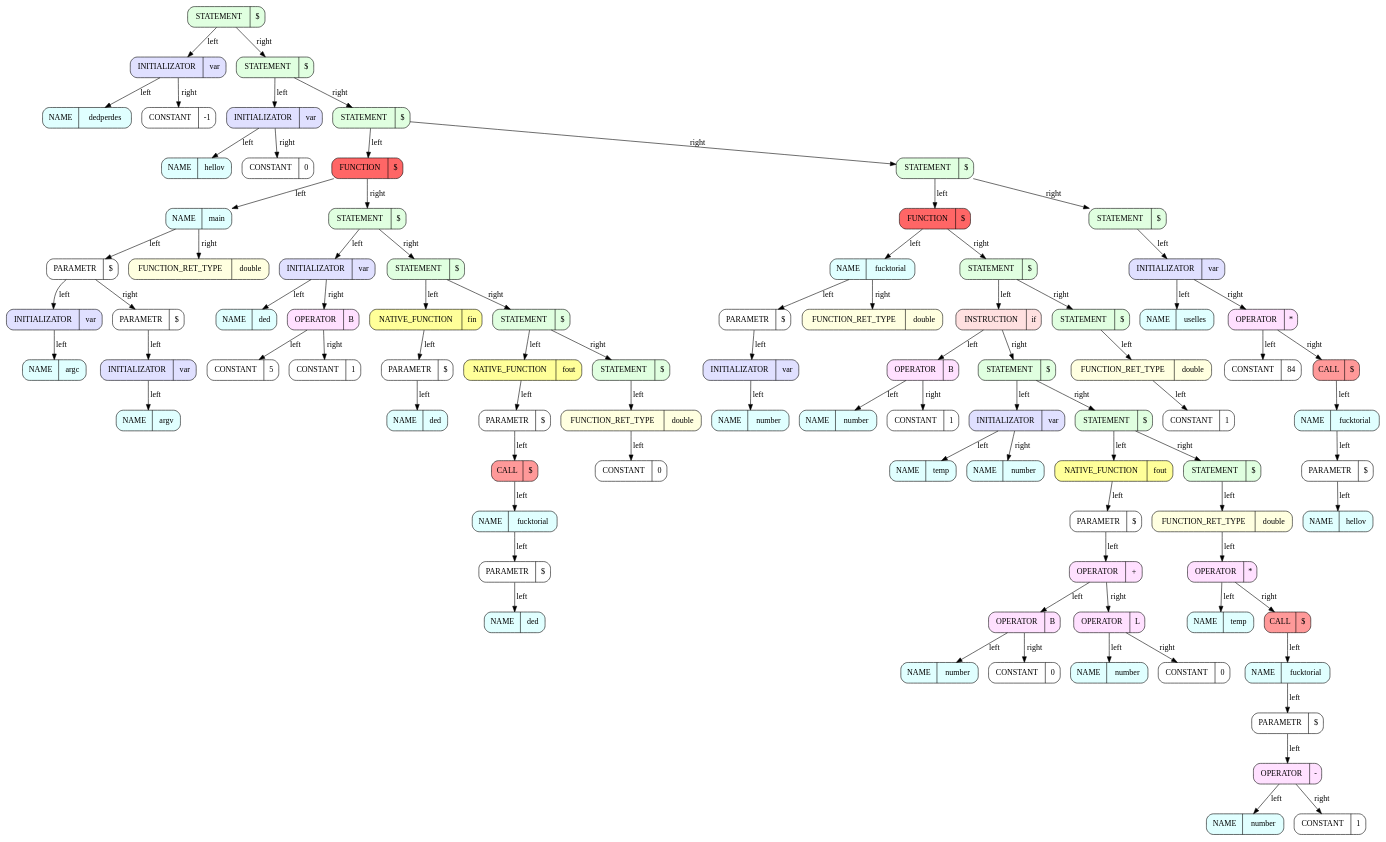
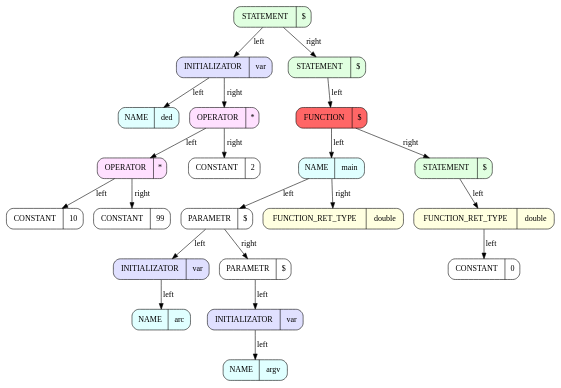
One commit to ArsenySamoylov/Asm changed the diagram in x86BackEnd/BackEnd/graphics/dot/kek_back_End.dot. Above: the diagram before and after it, drawn with Graphviz. The commit also changed 22 other files, not shown here.

```diff
--- a/x86BackEnd/BackEnd/graphics/dot/kek_back_End.dot
+++ b/x86BackEnd/BackEnd/graphics/dot/kek_back_End.dot
@@ -2,177 +2,47 @@
 digraph 
 {
 rankdir = TB # RANKDIR
-		node_0x623000000100 [style = filled, fillcolor = "#E0FFE0", shape = Mrecord label =  "STATEMENT | {$}"]
-		node_0x623000000138 [style = filled, fillcolor = "#E0E0FF", shape = Mrecord label =  "INITIALIZATOR | {var}"]
-		node_0x623000000170 [style = filled, fillcolor = "#E0FFFF", shape = Mrecord label =  "NAME | {dedperdes}"]
-		node_0x623000000138 -> node_0x623000000170 [label = "left"]
-		node_0x6230000001a8 [style = filled, fillcolor = "#FFFFFF", shape = Mrecord label =  "CONSTANT | {-1}"]
-		node_0x623000000138 -> node_0x6230000001a8 [label = "right"]
-		node_0x623000000100 -> node_0x623000000138 [label = "left"]
-		node_0x6230000001e0 [style = filled, fillcolor = "#E0FFE0", shape = Mrecord label =  "STATEMENT | {$}"]
-		node_0x623000000218 [style = filled, fillcolor = "#E0E0FF", shape = Mrecord label =  "INITIALIZATOR | {var}"]
-		node_0x623000000250 [style = filled, fillcolor = "#E0FFFF", shape = Mrecord label =  "NAME | {hellov}"]
-		node_0x623000000218 -> node_0x623000000250 [label = "left"]
-		node_0x623000000288 [style = filled, fillcolor = "#FFFFFF", shape = Mrecord label =  "CONSTANT | {0}"]
-		node_0x623000000218 -> node_0x623000000288 [label = "right"]
-		node_0x6230000001e0 -> node_0x623000000218 [label = "left"]
-		node_0x6230000002c0 [style = filled, fillcolor = "#E0FFE0", shape = Mrecord label =  "STATEMENT | {$}"]
-		node_0x6230000002f8 [style = filled, fillcolor = "#FF6666", shape = Mrecord label =  "FUNCTION | {$}"]
-		node_0x623000000330 [style = filled, fillcolor = "#E0FFFF", shape = Mrecord label =  "NAME | {main}"]
-		node_0x623000000368 [style = filled, fillcolor = "#FFFFFF", shape = Mrecord label =  "PARAMETR | {$}"]
-		node_0x6230000003a0 [style = filled, fillcolor = "#E0E0FF", shape = Mrecord label =  "INITIALIZATOR | {var}"]
-		node_0x6230000003d8 [style = filled, fillcolor = "#E0FFFF", shape = Mrecord label =  "NAME | {argc}"]
-		node_0x6230000003a0 -> node_0x6230000003d8 [label = "left"]
-		node_0x623000000368 -> node_0x6230000003a0 [label = "left"]
-		node_0x623000000410 [style = filled, fillcolor = "#FFFFFF", shape = Mrecord label =  "PARAMETR | {$}"]
-		node_0x623000000448 [style = filled, fillcolor = "#E0E0FF", shape = Mrecord label =  "INITIALIZATOR | {var}"]
-		node_0x623000000480 [style = filled, fillcolor = "#E0FFFF", shape = Mrecord label =  "NAME | {argv}"]
-		node_0x623000000448 -> node_0x623000000480 [label = "left"]
-		node_0x623000000410 -> node_0x623000000448 [label = "left"]
-		node_0x623000000368 -> node_0x623000000410 [label = "right"]
-		node_0x623000000330 -> node_0x623000000368 [label = "left"]
-		node_0x6230000004b8 [style = filled, fillcolor = "#FFFFE0", shape = Mrecord label =  "FUNCTION_RET_TYPE | {double}"]
-		node_0x623000000330 -> node_0x6230000004b8 [label = "right"]
-		node_0x6230000002f8 -> node_0x623000000330 [label = "left"]
-		node_0x6230000004f0 [style = filled, fillcolor = "#E0FFE0", shape = Mrecord label =  "STATEMENT | {$}"]
-		node_0x623000000528 [style = filled, fillcolor = "#E0E0FF", shape = Mrecord label =  "INITIALIZATOR | {var}"]
-		node_0x623000000560 [style = filled, fillcolor = "#E0FFFF", shape = Mrecord label =  "NAME | {ded}"]
-		node_0x623000000528 -> node_0x623000000560 [label = "left"]
-		node_0x623000000598 [style = filled, fillcolor = "#FFE0FF", shape = Mrecord label =  "OPERATOR | {B}"]
-		node_0x6230000005d0 [style = filled, fillcolor = "#FFFFFF", shape = Mrecord label =  "CONSTANT | {5}"]
-		node_0x623000000598 -> node_0x6230000005d0 [label = "left"]
-		node_0x623000000608 [style = filled, fillcolor = "#FFFFFF", shape = Mrecord label =  "CONSTANT | {1}"]
-		node_0x623000000598 -> node_0x623000000608 [label = "right"]
-		node_0x623000000528 -> node_0x623000000598 [label = "right"]
-		node_0x6230000004f0 -> node_0x623000000528 [label = "left"]
-		node_0x623000000640 [style = filled, fillcolor = "#E0FFE0", shape = Mrecord label =  "STATEMENT | {$}"]
-		node_0x623000000678 [style = filled, fillcolor = "#FFFF99", shape = Mrecord label =  "NATIVE_FUNCTION | {fin}"]
-		node_0x6230000006b0 [style = filled, fillcolor = "#FFFFFF", shape = Mrecord label =  "PARAMETR | {$}"]
-		node_0x6230000006e8 [style = filled, fillcolor = "#E0FFFF", shape = Mrecord label =  "NAME | {ded}"]
-		node_0x6230000006b0 -> node_0x6230000006e8 [label = "left"]
-		node_0x623000000678 -> node_0x6230000006b0 [label = "left"]
-		node_0x623000000640 -> node_0x623000000678 [label = "left"]
-		node_0x623000000720 [style = filled, fillcolor = "#E0FFE0", shape = Mrecord label =  "STATEMENT | {$}"]
-		node_0x623000000758 [style = filled, fillcolor = "#FFFF99", shape = Mrecord label =  "NATIVE_FUNCTION | {fout}"]
-		node_0x623000000790 [style = filled, fillcolor = "#FFFFFF", shape = Mrecord label =  "PARAMETR | {$}"]
-		node_0x6230000007c8 [style = filled, fillcolor = "#FF9999", shape = Mrecord label =  "CALL | {$}"]
-		node_0x623000000800 [style = filled, fillcolor = "#E0FFFF", shape = Mrecord label =  "NAME | {fucktorial}"]
-		node_0x623000000838 [style = filled, fillcolor = "#FFFFFF", shape = Mrecord label =  "PARAMETR | {$}"]
-		node_0x623000000870 [style = filled, fillcolor = "#E0FFFF", shape = Mrecord label =  "NAME | {ded}"]
-		node_0x623000000838 -> node_0x623000000870 [label = "left"]
-		node_0x623000000800 -> node_0x623000000838 [label = "left"]
-		node_0x6230000007c8 -> node_0x623000000800 [label = "left"]
-		node_0x623000000790 -> node_0x6230000007c8 [label = "left"]
-		node_0x623000000758 -> node_0x623000000790 [label = "left"]
-		node_0x623000000720 -> node_0x623000000758 [label = "left"]
-		node_0x6230000008a8 [style = filled, fillcolor = "#E0FFE0", shape = Mrecord label =  "STATEMENT | {$}"]
-		node_0x6230000008e0 [style = filled, fillcolor = "#FFFFE0", shape = Mrecord label =  "FUNCTION_RET_TYPE | {double}"]
-		node_0x623000000918 [style = filled, fillcolor = "#FFFFFF", shape = Mrecord label =  "CONSTANT | {0}"]
-		node_0x6230000008e0 -> node_0x623000000918 [label = "left"]
-		node_0x6230000008a8 -> node_0x6230000008e0 [label = "left"]
-		node_0x623000000720 -> node_0x6230000008a8 [label = "right"]
-		node_0x623000000640 -> node_0x623000000720 [label = "right"]
-		node_0x6230000004f0 -> node_0x623000000640 [label = "right"]
-		node_0x6230000002f8 -> node_0x6230000004f0 [label = "right"]
-		node_0x6230000002c0 -> node_0x6230000002f8 [label = "left"]
-		node_0x623000000950 [style = filled, fillcolor = "#E0FFE0", shape = Mrecord label =  "STATEMENT | {$}"]
-		node_0x623000000988 [style = filled, fillcolor = "#FF6666", shape = Mrecord label =  "FUNCTION | {$}"]
-		node_0x6230000009c0 [style = filled, fillcolor = "#E0FFFF", shape = Mrecord label =  "NAME | {fucktorial}"]
-		node_0x6230000009f8 [style = filled, fillcolor = "#FFFFFF", shape = Mrecord label =  "PARAMETR | {$}"]
-		node_0x623000000a30 [style = filled, fillcolor = "#E0E0FF", shape = Mrecord label =  "INITIALIZATOR | {var}"]
-		node_0x623000000a68 [style = filled, fillcolor = "#E0FFFF", shape = Mrecord label =  "NAME | {number}"]
-		node_0x623000000a30 -> node_0x623000000a68 [label = "left"]
-		node_0x6230000009f8 -> node_0x623000000a30 [label = "left"]
-		node_0x6230000009c0 -> node_0x6230000009f8 [label = "left"]
-		node_0x623000000aa0 [style = filled, fillcolor = "#FFFFE0", shape = Mrecord label =  "FUNCTION_RET_TYPE | {double}"]
-		node_0x6230000009c0 -> node_0x623000000aa0 [label = "right"]
-		node_0x623000000988 -> node_0x6230000009c0 [label = "left"]
-		node_0x623000000ad8 [style = filled, fillcolor = "#E0FFE0", shape = Mrecord label =  "STATEMENT | {$}"]
-		node_0x623000000b10 [style = filled, fillcolor = "#FFE0E0", shape = Mrecord label =  "INSTRUCTION | {if}"]
-		node_0x623000000b48 [style = filled, fillcolor = "#FFE0FF", shape = Mrecord label =  "OPERATOR | {B}"]
-		node_0x623000000b80 [style = filled, fillcolor = "#E0FFFF", shape = Mrecord label =  "NAME | {number}"]
-		node_0x623000000b48 -> node_0x623000000b80 [label = "left"]
-		node_0x623000000bb8 [style = filled, fillcolor = "#FFFFFF", shape = Mrecord label =  "CONSTANT | {1}"]
-		node_0x623000000b48 -> node_0x623000000bb8 [label = "right"]
-		node_0x623000000b10 -> node_0x623000000b48 [label = "left"]
-		node_0x623000000bf0 [style = filled, fillcolor = "#E0FFE0", shape = Mrecord label =  "STATEMENT | {$}"]
-		node_0x623000000c28 [style = filled, fillcolor = "#E0E0FF", shape = Mrecord label =  "INITIALIZATOR | {var}"]
-		node_0x623000000c60 [style = filled, fillcolor = "#E0FFFF", shape = Mrecord label =  "NAME | {temp}"]
-		node_0x623000000c28 -> node_0x623000000c60 [label = "left"]
-		node_0x623000000c98 [style = filled, fillcolor = "#E0FFFF", shape = Mrecord label =  "NAME | {number}"]
-		node_0x623000000c28 -> node_0x623000000c98 [label = "right"]
-		node_0x623000000bf0 -> node_0x623000000c28 [label = "left"]
-		node_0x623000000cd0 [style = filled, fillcolor = "#E0FFE0", shape = Mrecord label =  "STATEMENT | {$}"]
-		node_0x623000000d08 [style = filled, fillcolor = "#FFFF99", shape = Mrecord label =  "NATIVE_FUNCTION | {fout}"]
-		node_0x623000000d40 [style = filled, fillcolor = "#FFFFFF", shape = Mrecord label =  "PARAMETR | {$}"]
-		node_0x623000000d78 [style = filled, fillcolor = "#FFE0FF", shape = Mrecord label =  "OPERATOR | {+}"]
-		node_0x623000000db0 [style = filled, fillcolor = "#FFE0FF", shape = Mrecord label =  "OPERATOR | {B}"]
-		node_0x623000000de8 [style = filled, fillcolor = "#E0FFFF", shape = Mrecord label =  "NAME | {number}"]
-		node_0x623000000db0 -> node_0x623000000de8 [label = "left"]
-		node_0x623000000e20 [style = filled, fillcolor = "#FFFFFF", shape = Mrecord label =  "CONSTANT | {0}"]
-		node_0x623000000db0 -> node_0x623000000e20 [label = "right"]
-		node_0x623000000d78 -> node_0x623000000db0 [label = "left"]
-		node_0x623000000e58 [style = filled, fillcolor = "#FFE0FF", shape = Mrecord label =  "OPERATOR | {L}"]
-		node_0x623000000e90 [style = filled, fillcolor = "#E0FFFF", shape = Mrecord label =  "NAME | {number}"]
-		node_0x623000000e58 -> node_0x623000000e90 [label = "left"]
-		node_0x623000000ec8 [style = filled, fillcolor = "#FFFFFF", shape = Mrecord label =  "CONSTANT | {0}"]
-		node_0x623000000e58 -> node_0x623000000ec8 [label = "right"]
-		node_0x623000000d78 -> node_0x623000000e58 [label = "right"]
-		node_0x623000000d40 -> node_0x623000000d78 [label = "left"]
-		node_0x623000000d08 -> node_0x623000000d40 [label = "left"]
-		node_0x623000000cd0 -> node_0x623000000d08 [label = "left"]
-		node_0x623000000f00 [style = filled, fillcolor = "#E0FFE0", shape = Mrecord label =  "STATEMENT | {$}"]
-		node_0x623000000f38 [style = filled, fillcolor = "#FFFFE0", shape = Mrecord label =  "FUNCTION_RET_TYPE | {double}"]
-		node_0x623000000f70 [style = filled, fillcolor = "#FFE0FF", shape = Mrecord label =  "OPERATOR | {*}"]
-		node_0x623000000fa8 [style = filled, fillcolor = "#E0FFFF", shape = Mrecord label =  "NAME | {temp}"]
-		node_0x623000000f70 -> node_0x623000000fa8 [label = "left"]
-		node_0x623000000fe0 [style = filled, fillcolor = "#FF9999", shape = Mrecord label =  "CALL | {$}"]
-		node_0x623000001018 [style = filled, fillcolor = "#E0FFFF", shape = Mrecord label =  "NAME | {fucktorial}"]
-		node_0x623000001050 [style = filled, fillcolor = "#FFFFFF", shape = Mrecord label =  "PARAMETR | {$}"]
-		node_0x623000001088 [style = filled, fillcolor = "#FFE0FF", shape = Mrecord label =  "OPERATOR | {-}"]
-		node_0x6230000010c0 [style = filled, fillcolor = "#E0FFFF", shape = Mrecord label =  "NAME | {number}"]
-		node_0x623000001088 -> node_0x6230000010c0 [label = "left"]
-		node_0x6230000010f8 [style = filled, fillcolor = "#FFFFFF", shape = Mrecord label =  "CONSTANT | {1}"]
-		node_0x623000001088 -> node_0x6230000010f8 [label = "right"]
-		node_0x623000001050 -> node_0x623000001088 [label = "left"]
-		node_0x623000001018 -> node_0x623000001050 [label = "left"]
-		node_0x623000000fe0 -> node_0x623000001018 [label = "left"]
-		node_0x623000000f70 -> node_0x623000000fe0 [label = "right"]
-		node_0x623000000f38 -> node_0x623000000f70 [label = "left"]
-		node_0x623000000f00 -> node_0x623000000f38 [label = "left"]
-		node_0x623000000cd0 -> node_0x623000000f00 [label = "right"]
-		node_0x623000000bf0 -> node_0x623000000cd0 [label = "right"]
-		node_0x623000000b10 -> node_0x623000000bf0 [label = "right"]
-		node_0x623000000ad8 -> node_0x623000000b10 [label = "left"]
-		node_0x623000001130 [style = filled, fillcolor = "#E0FFE0", shape = Mrecord label =  "STATEMENT | {$}"]
-		node_0x623000001168 [style = filled, fillcolor = "#FFFFE0", shape = Mrecord label =  "FUNCTION_RET_TYPE | {double}"]
-		node_0x6230000011a0 [style = filled, fillcolor = "#FFFFFF", shape = Mrecord label =  "CONSTANT | {1}"]
-		node_0x623000001168 -> node_0x6230000011a0 [label = "left"]
-		node_0x623000001130 -> node_0x623000001168 [label = "left"]
-		node_0x623000000ad8 -> node_0x623000001130 [label = "right"]
-		node_0x623000000988 -> node_0x623000000ad8 [label = "right"]
-		node_0x623000000950 -> node_0x623000000988 [label = "left"]
-		node_0x6230000011d8 [style = filled, fillcolor = "#E0FFE0", shape = Mrecord label =  "STATEMENT | {$}"]
-		node_0x623000001210 [style = filled, fillcolor = "#E0E0FF", shape = Mrecord label =  "INITIALIZATOR | {var}"]
-		node_0x623000001248 [style = filled, fillcolor = "#E0FFFF", shape = Mrecord label =  "NAME | {uselles}"]
-		node_0x623000001210 -> node_0x623000001248 [label = "left"]
-		node_0x623000001280 [style = filled, fillcolor = "#FFE0FF", shape = Mrecord label =  "OPERATOR | {*}"]
-		node_0x6230000012b8 [style = filled, fillcolor = "#FFFFFF", shape = Mrecord label =  "CONSTANT | {84}"]
-		node_0x623000001280 -> node_0x6230000012b8 [label = "left"]
-		node_0x6230000012f0 [style = filled, fillcolor = "#FF9999", shape = Mrecord label =  "CALL | {$}"]
-		node_0x623000001328 [style = filled, fillcolor = "#E0FFFF", shape = Mrecord label =  "NAME | {fucktorial}"]
-		node_0x623000001360 [style = filled, fillcolor = "#FFFFFF", shape = Mrecord label =  "PARAMETR | {$}"]
-		node_0x623000001398 [style = filled, fillcolor = "#E0FFFF", shape = Mrecord label =  "NAME | {hellov}"]
-		node_0x623000001360 -> node_0x623000001398 [label = "left"]
-		node_0x623000001328 -> node_0x623000001360 [label = "left"]
-		node_0x6230000012f0 -> node_0x623000001328 [label = "left"]
-		node_0x623000001280 -> node_0x6230000012f0 [label = "right"]
-		node_0x623000001210 -> node_0x623000001280 [label = "right"]
-		node_0x6230000011d8 -> node_0x623000001210 [label = "left"]
-		node_0x623000000950 -> node_0x6230000011d8 [label = "right"]
-		node_0x6230000002c0 -> node_0x623000000950 [label = "right"]
-		node_0x6230000001e0 -> node_0x6230000002c0 [label = "right"]
-		node_0x623000000100 -> node_0x6230000001e0 [label = "right"]
+		node_0x55e3f08b3620 [style = filled, fillcolor = "#E0FFE0", shape = Mrecord label =  "STATEMENT | {$}"]
+		node_0x55e3f08b3658 [style = filled, fillcolor = "#E0E0FF", shape = Mrecord label =  "INITIALIZATOR | {var}"]
+		node_0x55e3f08b3690 [style = filled, fillcolor = "#E0FFFF", shape = Mrecord label =  "NAME | {ded}"]
+		node_0x55e3f08b3658 -> node_0x55e3f08b3690 [label = "left"]
+		node_0x55e3f08b36c8 [style = filled, fillcolor = "#FFE0FF", shape = Mrecord label =  "OPERATOR | {*}"]
+		node_0x55e3f08b3700 [style = filled, fillcolor = "#FFE0FF", shape = Mrecord label =  "OPERATOR | {*}"]
+		node_0x55e3f08b3738 [style = filled, fillcolor = "#FFFFFF", shape = Mrecord label =  "CONSTANT | {10}"]
+		node_0x55e3f08b3700 -> node_0x55e3f08b3738 [label = "left"]
+		node_0x55e3f08b3770 [style = filled, fillcolor = "#FFFFFF", shape = Mrecord label =  "CONSTANT | {99}"]
+		node_0x55e3f08b3700 -> node_0x55e3f08b3770 [label = "right"]
+		node_0x55e3f08b36c8 -> node_0x55e3f08b3700 [label = "left"]
+		node_0x55e3f08b37a8 [style = filled, fillcolor = "#FFFFFF", shape = Mrecord label =  "CONSTANT | {2}"]
+		node_0x55e3f08b36c8 -> node_0x55e3f08b37a8 [label = "right"]
+		node_0x55e3f08b3658 -> node_0x55e3f08b36c8 [label = "right"]
+		node_0x55e3f08b3620 -> node_0x55e3f08b3658 [label = "left"]
+		node_0x55e3f08b37e0 [style = filled, fillcolor = "#E0FFE0", shape = Mrecord label =  "STATEMENT | {$}"]
+		node_0x55e3f08b3818 [style = filled, fillcolor = "#FF6666", shape = Mrecord label =  "FUNCTION | {$}"]
+		node_0x55e3f08b3850 [style = filled, fillcolor = "#E0FFFF", shape = Mrecord label =  "NAME | {main}"]
+		node_0x55e3f08b3888 [style = filled, fillcolor = "#FFFFFF", shape = Mrecord label =  "PARAMETR | {$}"]
+		node_0x55e3f08b38c0 [style = filled, fillcolor = "#E0E0FF", shape = Mrecord label =  "INITIALIZATOR | {var}"]
+		node_0x55e3f08b38f8 [style = filled, fillcolor = "#E0FFFF", shape = Mrecord label =  "NAME | {arc}"]
+		node_0x55e3f08b38c0 -> node_0x55e3f08b38f8 [label = "left"]
+		node_0x55e3f08b3888 -> node_0x55e3f08b38c0 [label = "left"]
+		node_0x55e3f08b3930 [style = filled, fillcolor = "#FFFFFF", shape = Mrecord label =  "PARAMETR | {$}"]
+		node_0x55e3f08b3968 [style = filled, fillcolor = "#E0E0FF", shape = Mrecord label =  "INITIALIZATOR | {var}"]
+		node_0x55e3f08b39a0 [style = filled, fillcolor = "#E0FFFF", shape = Mrecord label =  "NAME | {argv}"]
+		node_0x55e3f08b3968 -> node_0x55e3f08b39a0 [label = "left"]
+		node_0x55e3f08b3930 -> node_0x55e3f08b3968 [label = "left"]
+		node_0x55e3f08b3888 -> node_0x55e3f08b3930 [label = "right"]
+		node_0x55e3f08b3850 -> node_0x55e3f08b3888 [label = "left"]
+		node_0x55e3f08b39d8 [style = filled, fillcolor = "#FFFFE0", shape = Mrecord label =  "FUNCTION_RET_TYPE | {double}"]
+		node_0x55e3f08b3850 -> node_0x55e3f08b39d8 [label = "right"]
+		node_0x55e3f08b3818 -> node_0x55e3f08b3850 [label = "left"]
+		node_0x55e3f08b3a10 [style = filled, fillcolor = "#E0FFE0", shape = Mrecord label =  "STATEMENT | {$}"]
+		node_0x55e3f08b3a48 [style = filled, fillcolor = "#FFFFE0", shape = Mrecord label =  "FUNCTION_RET_TYPE | {double}"]
+		node_0x55e3f08b3a80 [style = filled, fillcolor = "#FFFFFF", shape = Mrecord label =  "CONSTANT | {0}"]
+		node_0x55e3f08b3a48 -> node_0x55e3f08b3a80 [label = "left"]
+		node_0x55e3f08b3a10 -> node_0x55e3f08b3a48 [label = "left"]
+		node_0x55e3f08b3818 -> node_0x55e3f08b3a10 [label = "right"]
+		node_0x55e3f08b37e0 -> node_0x55e3f08b3818 [label = "left"]
+		node_0x55e3f08b3620 -> node_0x55e3f08b37e0 [label = "right"]
 ########################################################### SetEndDot
 
 }
```
